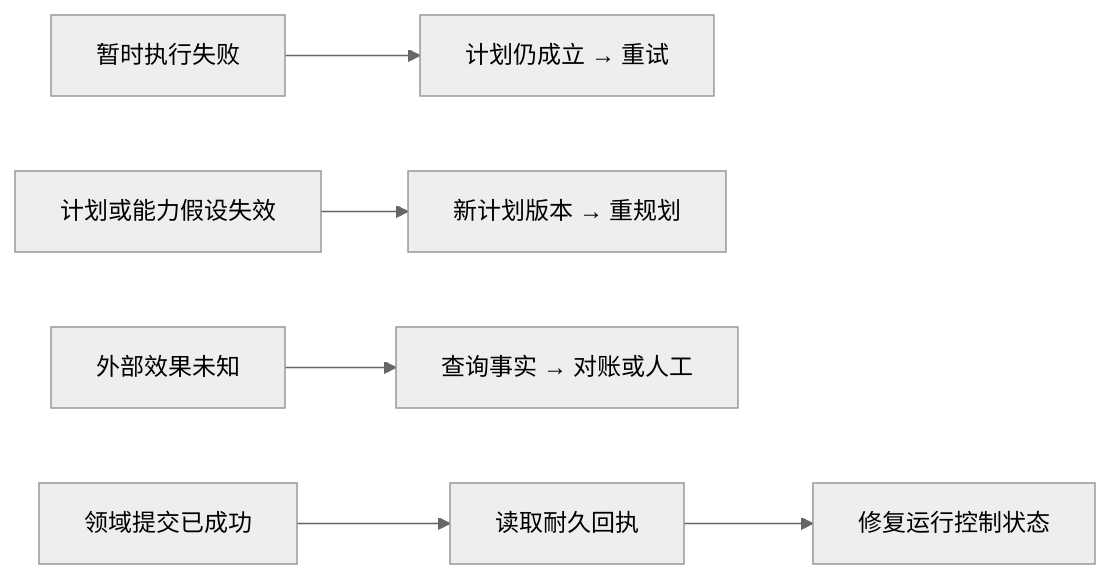
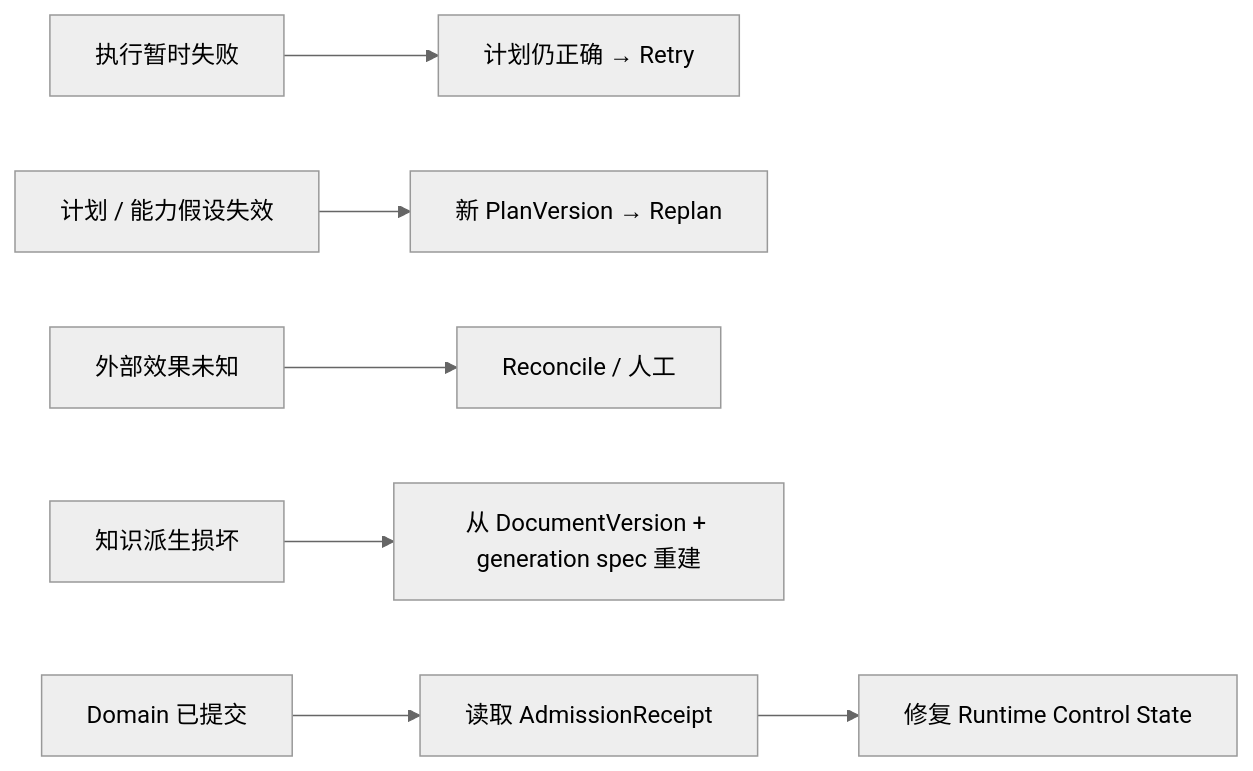
The fifth of 5 diagrams in docs/architecture/architecture.md (ProfessorZhi/Zuno), drawn with Mermaid (neutral theme) before and after one commit. The commit also changed other lines of this file, not shown here.

Commit message:
docs: align overall architecture with module design baseline

````diff
--- a/docs/architecture/architecture.md
+++ b/docs/architecture/architecture.md
@@ -294,8 +333,9 @@
 ```mermaid
 flowchart LR
-  TEMP[暂时执行失败] --> RETRY[计划仍成立 → 重试]
-  ASSUMPTION[计划或能力假设失效] --> REPLAN[新计划版本 → 重规划]
-  UNKNOWN[外部效果未知] --> RECONCILE[查询事实 → 对账或人工]
-  COMMIT[领域提交已成功] --> RECEIPT[读取耐久回执]
-  RECEIPT --> REPAIR[修复运行控制状态]
+  TEMP[执行暂时失败] --> RETRY[计划仍正确 → Retry]
+  ASSUME[计划 / 能力假设失效] --> REPLAN[新 PlanVersion → Replan]
+  UNKNOWN[外部效果未知] --> RECON[Reconcile / 人工]
+  KNOW[知识派生损坏] --> REBUILD[从 DocumentVersion + generation spec 重建]
+  COMMIT[Domain 已提交] --> RECEIPT[读取 AdmissionReceipt]
+  RECEIPT --> REPAIR[修复 Runtime Control State]
 ```
````
